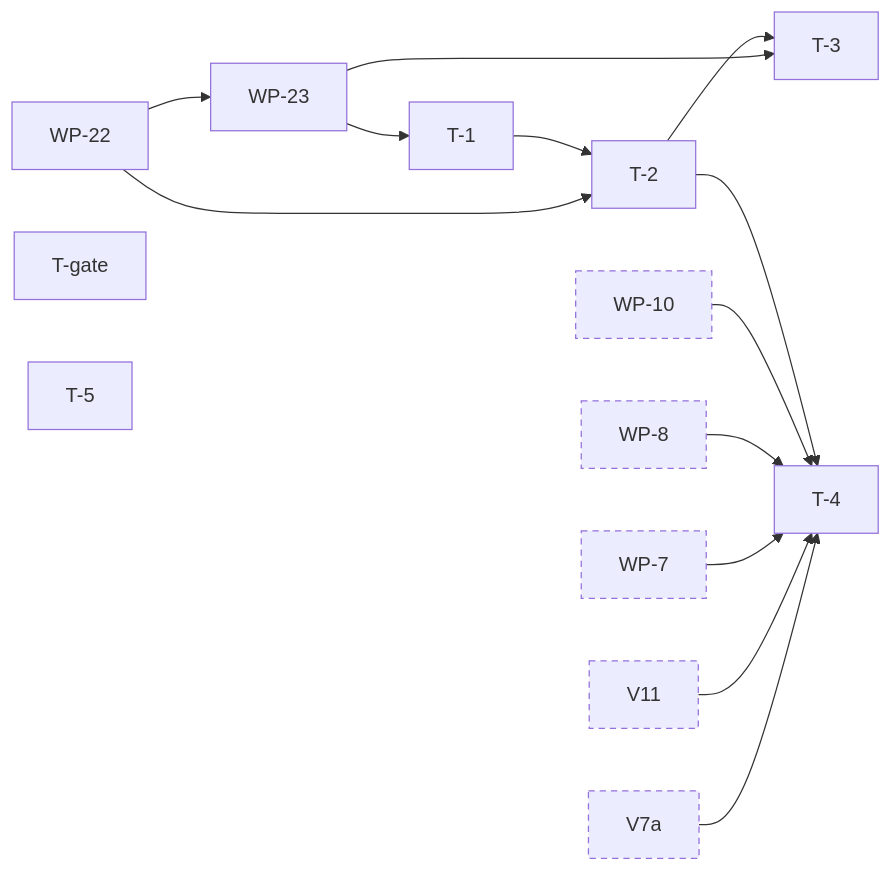
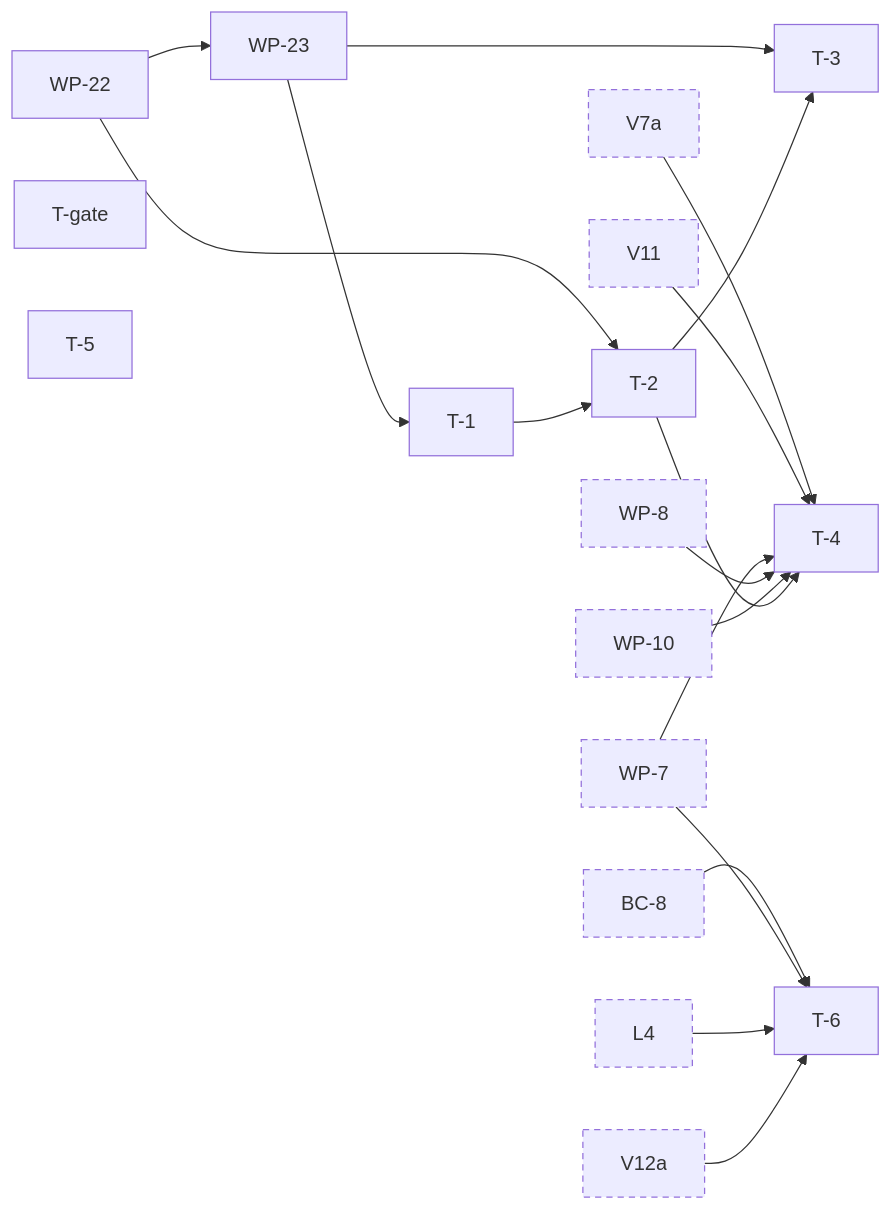
Before and after one commit to jhoblitt/rgw-go: the ninth of 11 diagrams in docs/superpowers/plans/2026-10-13-phase-2/dependencies.md, drawn with Mermaid. The commit also changed other lines of this file and 1 other file, not shown here.

Commit message:
docs(plan): add task T-6, the combined s3-tests pin bump
BC-8, WP-7 and L4 each wrote s3-tests tests that are not yet merged
into rgw-go-s3tests, and BC-8's runs found that the two MFA delete
tests from jhoblitt/ceph#31 refuse each other's codes when one runs
straight after the other. Merging those tests, fixing the MFA timing
and moving the pin is outside each of the three PRs, so it becomes
task T-6 before L4 merges. The task names the known-differences
lines the move needs and the tests a marker keeps out.

````diff
--- a/docs/superpowers/plans/2026-10-13-phase-2/dependencies.md
+++ b/docs/superpowers/plans/2026-10-13-phase-2/dependencies.md
@@ -947,42 +947,54 @@
 ```mermaid
 flowchart LR
   t_WP_22["WP-22"]
   t_WP_23["WP-23"]
   t_T_1["T-1"]
   t_T_2["T-2"]
   t_T_3["T-3"]
   t_T_4["T-4"]
   t_T_gate["T-gate"]
   t_T_5["T-5"]
+  t_T_6["T-6"]
   t_V7a["V7a"]:::ext
   t_V11["V11"]:::ext
   t_WP_7["WP-7"]:::ext
   t_WP_8["WP-8"]:::ext
   t_WP_10["WP-10"]:::ext
+  t_BC_8["BC-8"]:::ext
+  t_L4["L4"]:::ext
+  t_V12a["V12a"]:::ext
   t_WP_22 --> t_WP_23
   t_WP_23 --> t_T_1
   t_WP_22 --> t_T_2
   t_T_1 --> t_T_2
   t_WP_23 --> t_T_3
   t_T_2 --> t_T_3
   t_V7a --> t_T_4
   t_V11 --> t_T_4
   t_WP_7 --> t_T_4
   t_WP_8 --> t_T_4
   t_WP_10 --> t_T_4
   t_T_2 --> t_T_4
+  t_BC_8 --> t_T_6
+  t_WP_7 --> t_T_6
+  t_L4 --> t_T_6
+  t_V12a --> t_T_6
   click t_WP_22 href "https://github.com/jhoblitt/rgw-go/blob/main/docs/superpowers/plans/2026-10-13-phase-2/T-gate-tooling.md#task-wp-22-the-s3-tests-selection-in-go" "WP-22: the s3-tests selection in Go"
   click t_WP_23 href "https://github.com/jhoblitt/rgw-go/blob/main/docs/superpowers/plans/2026-10-13-phase-2/T-gate-tooling.md#task-wp-23-the-include-list" "WP-23: the include list"
   click t_T_1 href "https://github.com/jhoblitt/rgw-go/blob/main/docs/superpowers/plans/2026-10-13-phase-2/T-gate-tooling.md#task-t-1-the-per-pr-and-gate-sets" "T-1: the per-PR and gate sets"
   click t_T_2 href "https://github.com/jhoblitt/rgw-go/blob/main/docs/superpowers/plans/2026-10-13-phase-2/T-gate-tooling.md#task-t-2-the-lifecycle-runs-cluster-configuration" "T-2: the lifecycle runs' cluster configuration"
   click t_T_3 href "https://github.com/jhoblitt/rgw-go/blob/main/docs/superpowers/plans/2026-10-13-phase-2/T-gate-tooling.md#task-t-3-storage-class-copies-on-the-include-list" "T-3: storage-class copies on the include list"
   click t_T_4 href "https://github.com/jhoblitt/rgw-go/blob/main/docs/superpowers/plans/2026-10-13-phase-2/T-gate-tooling.md#task-t-4-benchmark-profiles-for-the-phase-2-paths" "T-4: benchmark profiles for the phase 2 paths"
   click t_T_gate href "https://github.com/jhoblitt/rgw-go/blob/main/docs/superpowers/plans/2026-10-13-phase-2/T-gate-tooling.md#task-t-gate-the-phase-2-gate" "T-gate: the phase 2 gate"
   click t_T_5 href "https://github.com/jhoblitt/rgw-go/blob/main/docs/superpowers/plans/2026-10-13-phase-2/T-gate-tooling.md#task-t-5-s3-tests-_has_target_object_key_format-reports-what-it-probes" "T-5: s3-tests, `_has_target_object_key_format` reports what it probes"
+  click t_T_6 href "https://github.com/jhoblitt/rgw-go/blob/main/docs/superpowers/plans/2026-10-13-phase-2/T-gate-tooling.md#task-t-6-the-combined-s3-tests-pin-bump" "T-6: the combined s3-tests pin bump"
   click t_V7a href "https://github.com/jhoblitt/rgw-go/blob/main/docs/superpowers/plans/2026-10-13-phase-2/V-versioning.md#task-v7a-driver-versioned-putobject" "V7a: driver, versioned PutObject"
   click t_V11 href "https://github.com/jhoblitt/rgw-go/blob/main/docs/superpowers/plans/2026-10-13-phase-2/V-versioning.md#task-v11-op-and-s3-versioned-writes" "V11: op and s3, versioned writes"
   click t_WP_7 href "https://github.com/jhoblitt/rgw-go/blob/main/docs/superpowers/plans/2026-10-13-phase-2/WP-write-path.md#task-wp-7-checksum-headers-on-writes" "WP-7: checksum headers on writes"
   click t_WP_8 href "https://github.com/jhoblitt/rgw-go/blob/main/docs/superpowers/plans/2026-10-13-phase-2/WP-write-path.md#task-wp-8-put-and-part-checksums" "WP-8: PUT and part checksums"
   click t_WP_10 href "https://github.com/jhoblitt/rgw-go/blob/main/docs/superpowers/plans/2026-10-13-phase-2/WP-write-path.md#task-wp-10-compression-on-put-and-parts" "WP-10: compression on PUT and parts"
+  click t_BC_8 href "https://github.com/jhoblitt/rgw-go/blob/main/docs/superpowers/plans/2026-10-13-phase-2/B-bucket-config.md#task-bc-8-cors-recording-and-gate" "BC-8: CORS recording and gate"
+  click t_L4 href "https://github.com/jhoblitt/rgw-go/blob/main/docs/superpowers/plans/2026-10-13-phase-2/L-object-lock.md#task-l4-delete-enforcement" "L4: delete enforcement"
+  click t_V12a href "https://github.com/jhoblitt/rgw-go/blob/main/docs/superpowers/plans/2026-10-13-phase-2/V-versioning.md#task-v12a-op-and-s3-versioned-deleteobject-and-deleteobjects" "V12a: op and s3, versioned DeleteObject and DeleteObjects"
   classDef ext stroke-dasharray: 5 4
 ```
````
